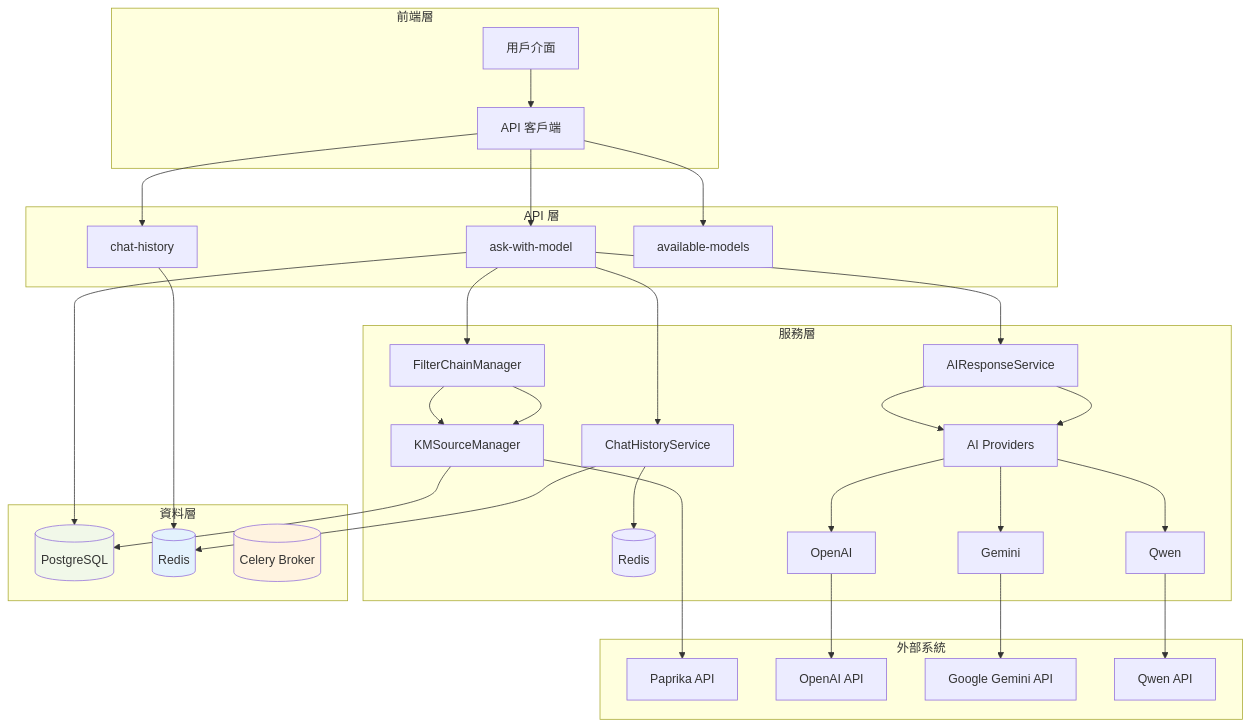
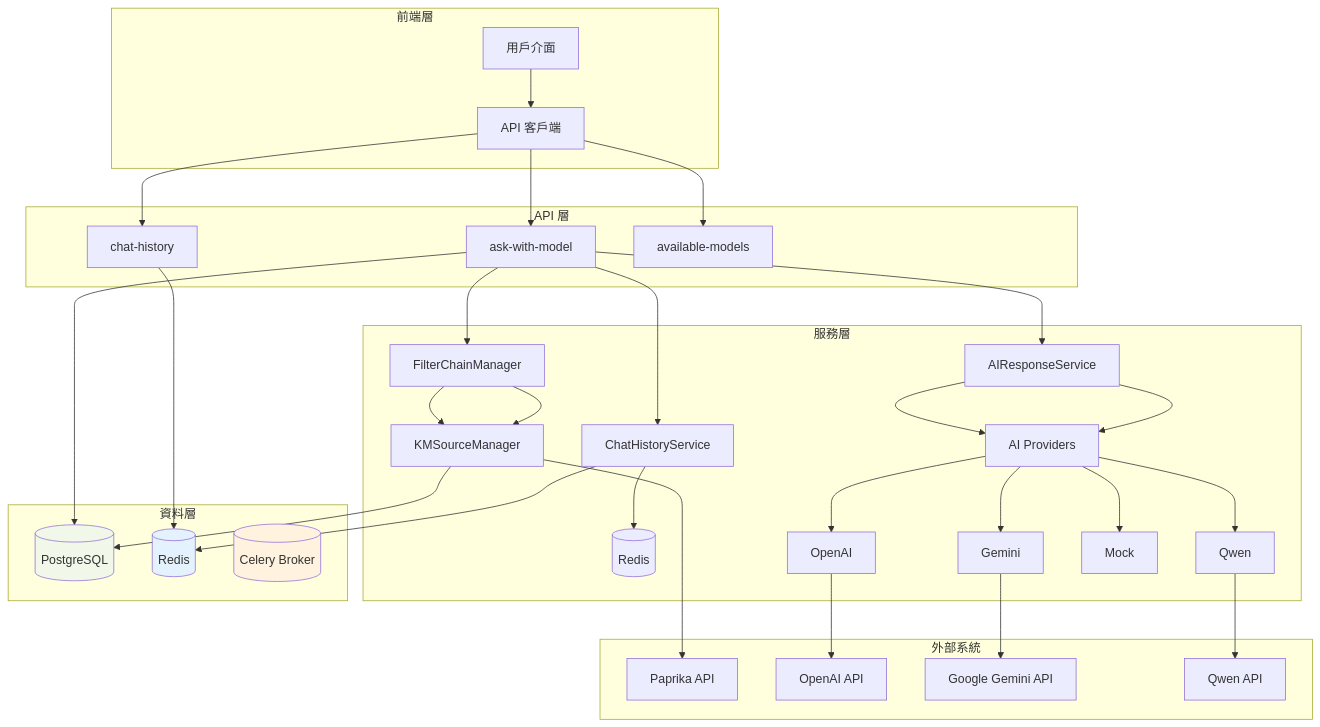
Before and after one commit to Vinskao/maya-sawa-v2: the first of 3 diagrams in README.md, drawn with Mermaid. The commit also changed other lines of this file and 1 other file, not shown here.

````diff
--- a/README.md
+++ b/README.md
@@ -5,60 +5,61 @@
 ```mermaid
 graph TB
     subgraph "前端層"
         A[用戶介面] --> B[API 客戶端]
     end
 
     subgraph "API 層"
         B --> A1[ask-with-model]
         B --> A2[chat-history]
         B --> A3[available-models]
     end
 
     subgraph "服務層"
         S1[FilterChainManager] --> S2[KMSourceManager]
         S3[ChatHistoryService] --> R[(Redis)]
         S4[AIResponseService] --> P1[AI Providers]
         P1 --> P1a[OpenAI]
         P1 --> P1b[Gemini]
         P1 --> P1c[Qwen]
+        P1 --> P1d[Mock]
     end
 
     subgraph "資料層"
         D1[(PostgreSQL)]
         D2[(Redis)]
         D3[(Celery Broker)]
     end
 
     subgraph "外部系統"
         E1[Paprika API]
         E2[OpenAI API]
         E3[Google Gemini API]
         E4[Qwen API]
     end
 
     %% 關聯
     A1 --> S1
     S1 --> S2
     S2 --> D1
     A1 --> S3
     S3 --> D2
     A1 --> S4
     S4 --> P1
     P1a --> E2
     P1b --> E3
     P1c --> E4
     S2 --> E1
 
     %% DB 關聯
     A1 --> D1
     A2 --> D2
 
     %% 註解
     D1:::db
     D2:::cache
     D3:::broker
 
     classDef db fill:#f1f8e9
     classDef cache fill:#e3f2fd
     classDef broker fill:#fff3e0
 ```
````
